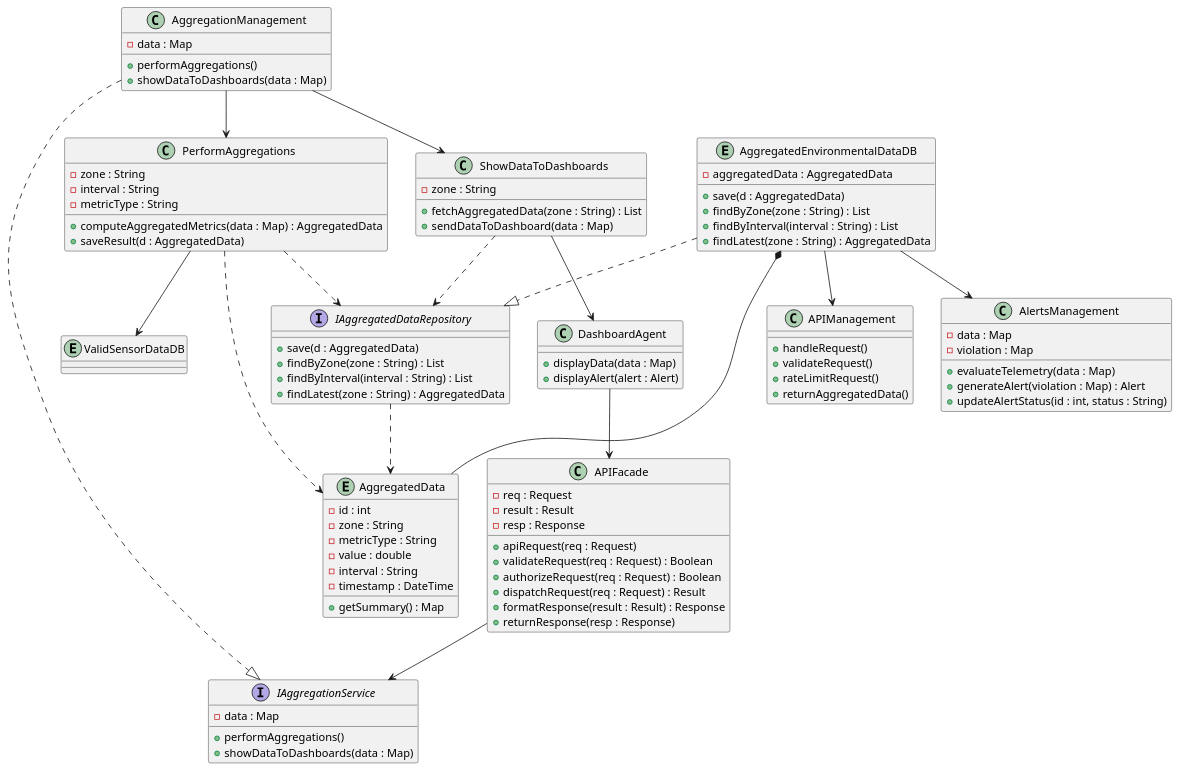
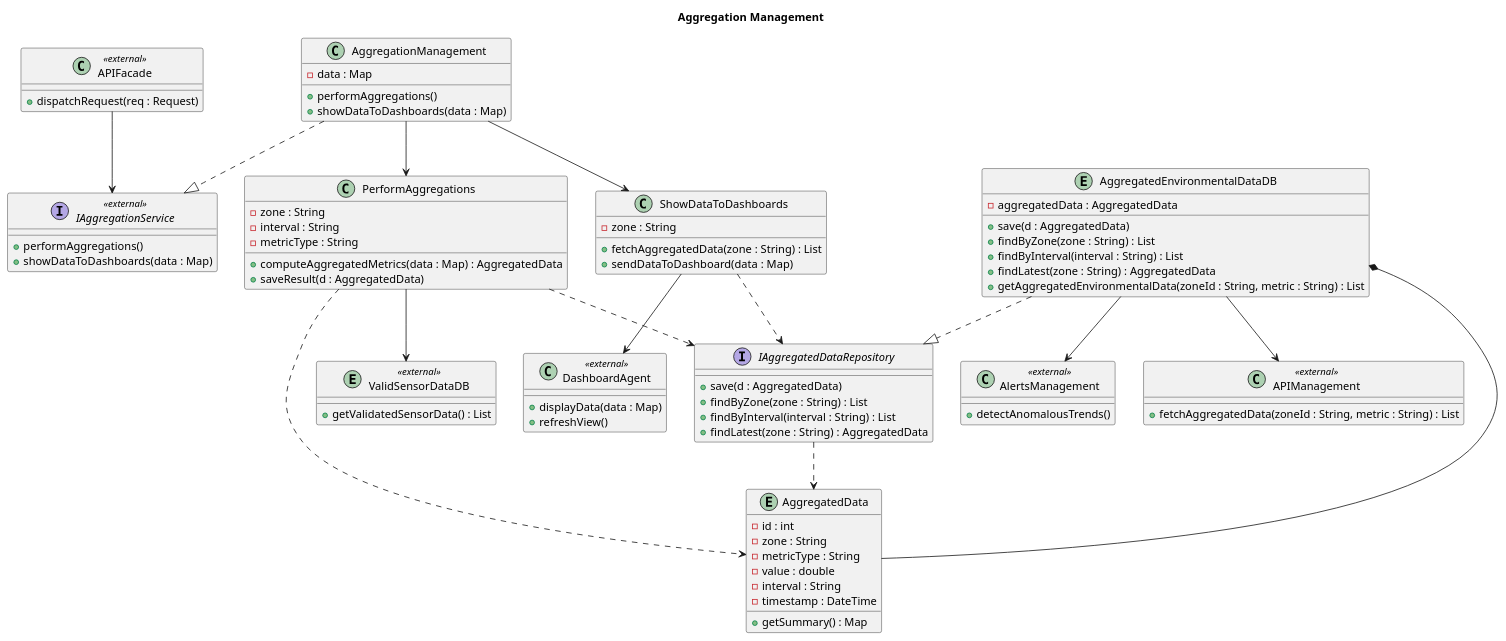
Before and after one commit to harmanpreet-sagar/SFWRENG-3A04-Group6-T01: the diagram in docs/diagrams/plantuml/class/AggregationManagement.puml, drawn with PlantUML. The commit also changed 13 other files, not shown here.

Commit message:
add SCEMAS system class diagram and update subsystem diagrams to match main class diagram

```diff
--- a/docs/diagrams/plantuml/class/AggregationManagement.puml
+++ b/docs/diagrams/plantuml/class/AggregationManagement.puml
@@ -1,152 +1,96 @@
 @startuml AggregationManagement_ClassDiagram
+title Aggregation Management
 
-' =========================
-' BOUNDARY
-' =========================
-class DashboardAgent {
-  +displayData(data : Map)
-  +displayAlert(alert : Alert)
+' ─── External stubs ──────────────────────────────────────────
+class APIFacade <<external>> {
+  +dispatchRequest(req : Request)
 }
 
-' =========================
-' API FACADE
-' =========================
-class APIFacade {
-  -req : Request
-  -result : Result
-  -resp : Response
-  +apiRequest(req : Request)
-  +validateRequest(req : Request) : Boolean
-  +authorizeRequest(req : Request) : Boolean
-  +dispatchRequest(req : Request) : Result
-  +formatResponse(result : Result) : Response
-  +returnResponse(resp : Response)
-}
-
-' =========================
-' SERVICE INTERFACE
-' =========================
-interface IAggregationService {
-  -data : Map
+interface IAggregationService <<external>> {
   +performAggregations()
   +showDataToDashboards(data : Map)
 }
 
-' =========================
-' AGGREGATION MANAGEMENT
-' =========================
+class DashboardAgent <<external>> {
+  +displayData(data : Map)
+  +refreshView()
+}
+
+entity ValidSensorDataDB <<external>> {
+  +getValidatedSensorData() : List
+}
+
+class AlertsManagement <<external>> {
+  +detectAnomalousTrends()
+}
+
+class APIManagement <<external>> {
+  +fetchAggregatedData(zoneId : String, metric : String) : List
+}
+
+' ─── Own classes ─────────────────────────────────────────────
 class AggregationManagement {
   -data : Map
   +performAggregations()
   +showDataToDashboards(data : Map)
 }
 
 class PerformAggregations {
   -zone : String
   -interval : String
   -metricType : String
   +computeAggregatedMetrics(data : Map) : AggregatedData
   +saveResult(d : AggregatedData)
 }
 
 class ShowDataToDashboards {
   -zone : String
   +fetchAggregatedData(zone : String) : List
   +sendDataToDashboard(data : Map)
 }
 
-' =========================
-' REPOSITORY INTERFACE
-' =========================
 interface IAggregatedDataRepository {
   +save(d : AggregatedData)
   +findByZone(zone : String) : List
   +findByInterval(interval : String) : List
   +findLatest(zone : String) : AggregatedData
 }
 
-' =========================
-' DB ENTITY
-' =========================
 entity AggregatedEnvironmentalDataDB {
   -aggregatedData : AggregatedData
   +save(d : AggregatedData)
   +findByZone(zone : String) : List
   +findByInterval(interval : String) : List
   +findLatest(zone : String) : AggregatedData
+  +getAggregatedEnvironmentalData(zoneId : String, metric : String) : List
 }
 
 entity AggregatedData {
   -id : int
   -zone : String
   -metricType : String
   -value : double
   -interval : String
   -timestamp : DateTime
   +getSummary() : Map
 }
 
-' =========================
-' EXTERNAL CONSUMERS
-' (owned elsewhere, directly read AggregatedEnvironmentalDataDB)
-' =========================
-class AlertsManagement {
-  -data : Map
-  -violation : Map
-  +evaluateTelemetry(data : Map)
-  +generateAlert(violation : Map) : Alert
-  +updateAlertStatus(id : int, status : String)
-}
-
-class APIManagement {
-  +handleRequest()
-  +validateRequest()
-  +rateLimitRequest()
-  +returnAggregatedData()
-}
-
-' External DB this subsystem reads from (owned by Data Validation)
-entity ValidSensorDataDB
-
-' =========================
-' RELATIONSHIPS
-' =========================
-
-' Boundary triggers APIFacade
-DashboardAgent --> APIFacade
-
-' APIFacade routes through service interface
-APIFacade --> IAggregationService
-
-' AggregationManagement implements service interface
+' ─── Cross-subsystem connections ─────────────────────────────
+APIFacade             --> IAggregationService
 AggregationManagement ..|> IAggregationService
-
-' AggregationManagement delegates to sub-controllers
-AggregationManagement --> PerformAggregations
-AggregationManagement --> ShowDataToDashboards
-
-' Sub-controllers depend on repository interface
-PerformAggregations ..> IAggregatedDataRepository
-ShowDataToDashboards ..> IAggregatedDataRepository
-
-' PerformAggregations reads raw validated data from external DB
-PerformAggregations --> ValidSensorDataDB
-
-' ShowDataToDashboards pushes results to Dashboard Agent
-ShowDataToDashboards --> DashboardAgent
-
-' AggregatedEnvironmentalDataDB implements repository interface
-AggregatedEnvironmentalDataDB ..|> IAggregatedDataRepository
-
-' AggregatedEnvironmentalDataDB owns AggregatedData records
-AggregatedEnvironmentalDataDB *-- AggregatedData
-
-' Classes that produce or consume AggregatedData as a type
-PerformAggregations ..> AggregatedData
-IAggregatedDataRepository ..> AggregatedData
-
-' AggregatedEnvironmentalDataDB supplies data to external consumers
+PerformAggregations   --> ValidSensorDataDB
+ShowDataToDashboards  --> DashboardAgent
 AggregatedEnvironmentalDataDB --> AlertsManagement
 AggregatedEnvironmentalDataDB --> APIManagement
 
+' ─── Internal relationships ──────────────────────────────────
+AggregationManagement         --> PerformAggregations
+AggregationManagement         --> ShowDataToDashboards
+PerformAggregations           ..> IAggregatedDataRepository
+ShowDataToDashboards          ..> IAggregatedDataRepository
+AggregatedEnvironmentalDataDB ..|> IAggregatedDataRepository
+AggregatedEnvironmentalDataDB *-- AggregatedData
+PerformAggregations           ..> AggregatedData
+IAggregatedDataRepository     ..> AggregatedData
+
 @enduml
```
